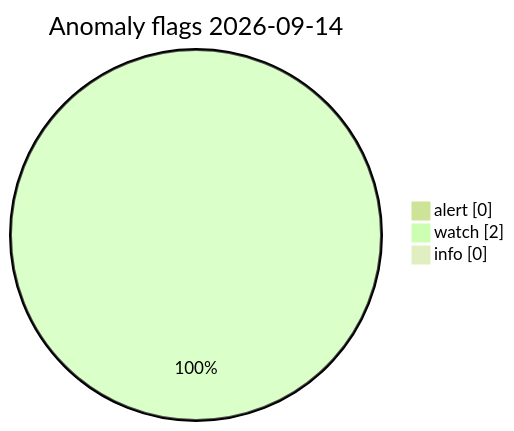
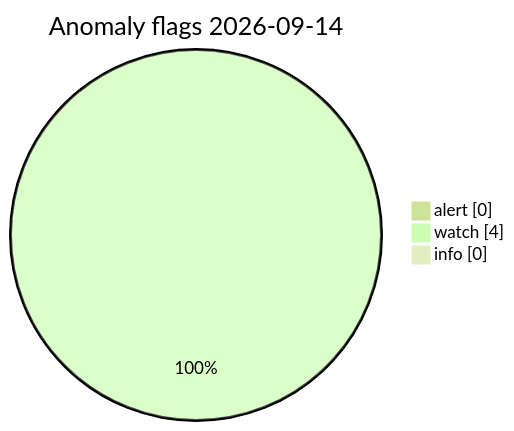
Before and after one commit to Midwest-Stratospheric/Unified-Open-Global-Weather: the diagram in visuals/2026-09-14/CHARTS.md, drawn with Mermaid (forest theme). The commit also changed other lines of this file and 13 other files, not shown here.

Commit message:
data(visuals): automated charts 2026-09-14T15:57Z

````diff
--- a/visuals/2026-09-14/CHARTS.md
+++ b/visuals/2026-09-14/CHARTS.md
@@ -73,7 +73,7 @@
 ```mermaid
 pie showData
   title Anomaly flags 2026-09-14
   "alert" : 0
-  "watch" : 2
+  "watch" : 4
   "info" : 0
 ```
````
